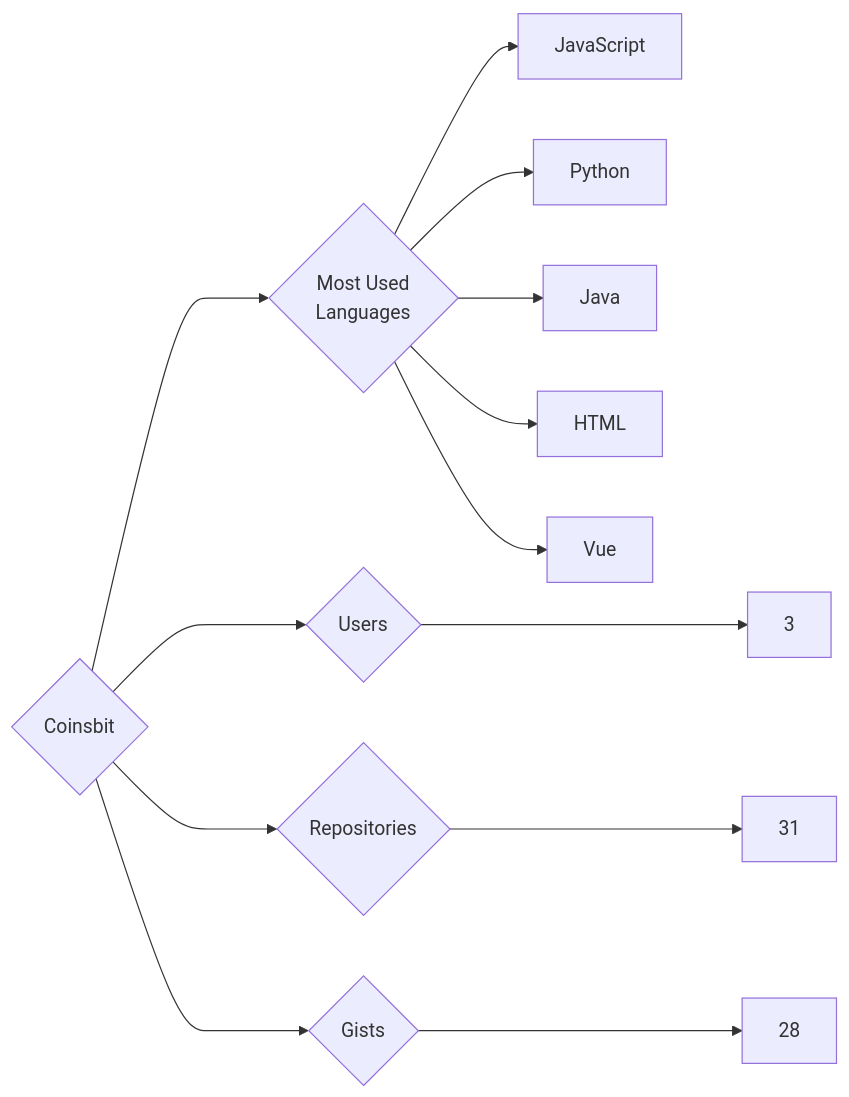
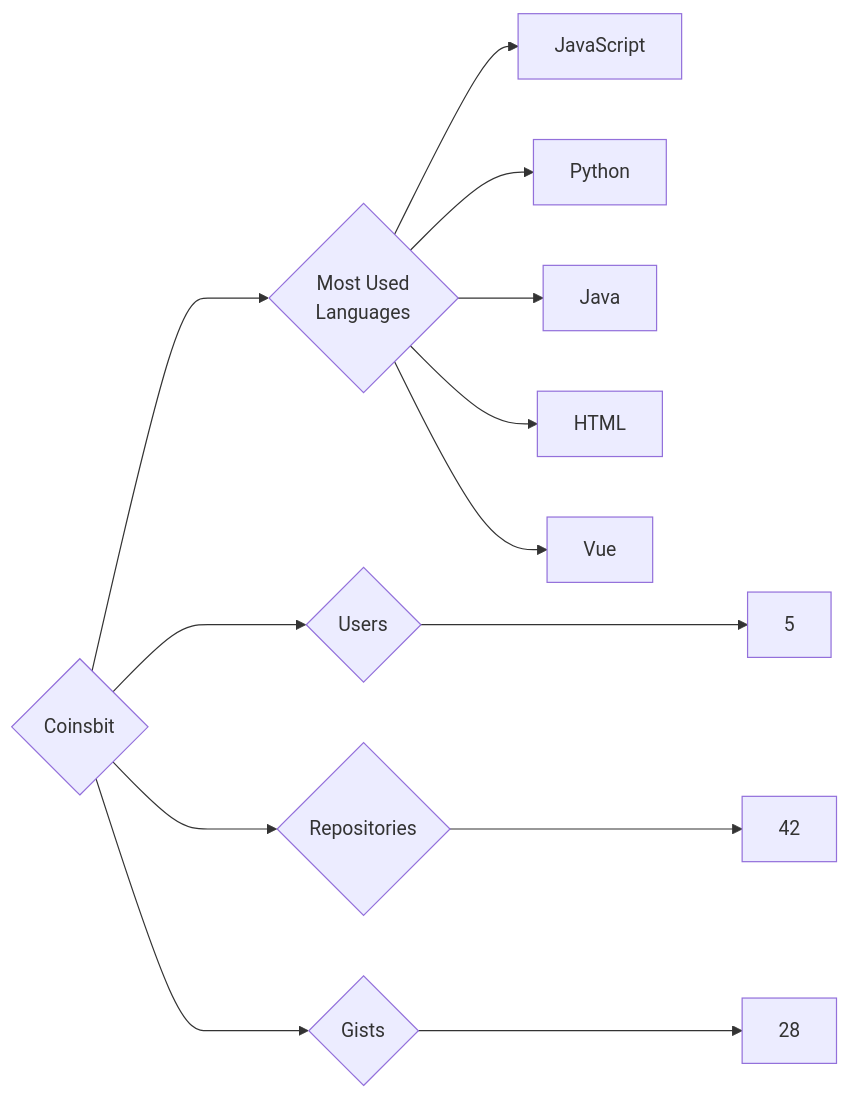
One commit to trickest/insiders changed the diagram in targets/Coinsbit/README.md. Above: the diagram before and after it, drawn with Mermaid. The commit also changed 783 other files, not shown here.

````diff
--- a/targets/Coinsbit/README.md
+++ b/targets/Coinsbit/README.md
@@ -3,13 +3,13 @@
 ```mermaid
 graph LR
 COMPANY_NAME{Coinsbit}
-COMPANY_NAME ---> U{Users} ---> UN[3]
-COMPANY_NAME ---> R{Repositories} ---> RN[31]
+COMPANY_NAME ---> U{Users} ---> UN[5]
+COMPANY_NAME ---> R{Repositories} ---> RN[42]
 COMPANY_NAME ---> G{Gists} ---> GN[28]
 COMPANY_NAME ---> ML{Most Used<br>Languages}
 ML --> JavaScript[JavaScript]
 ML --> Python[Python]
 ML --> Java[Java]
 ML --> HTML[HTML]
 ML --> Vue[Vue]
 ```
````
